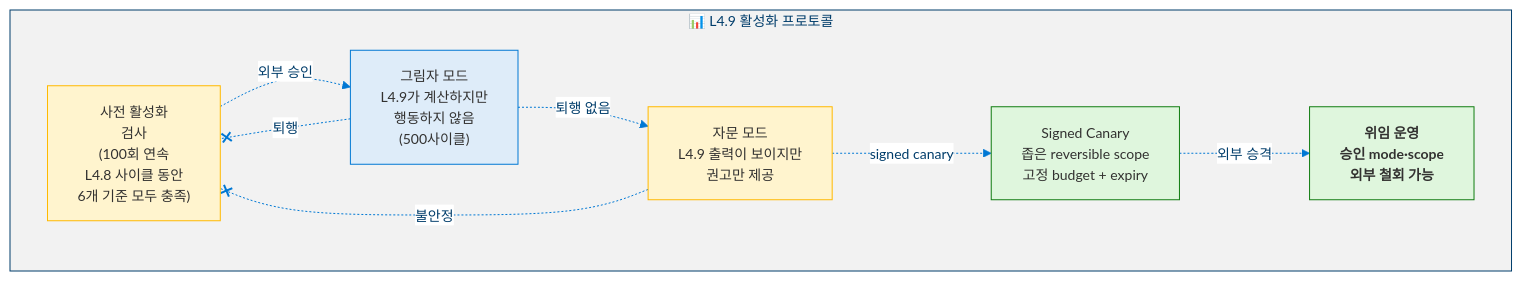
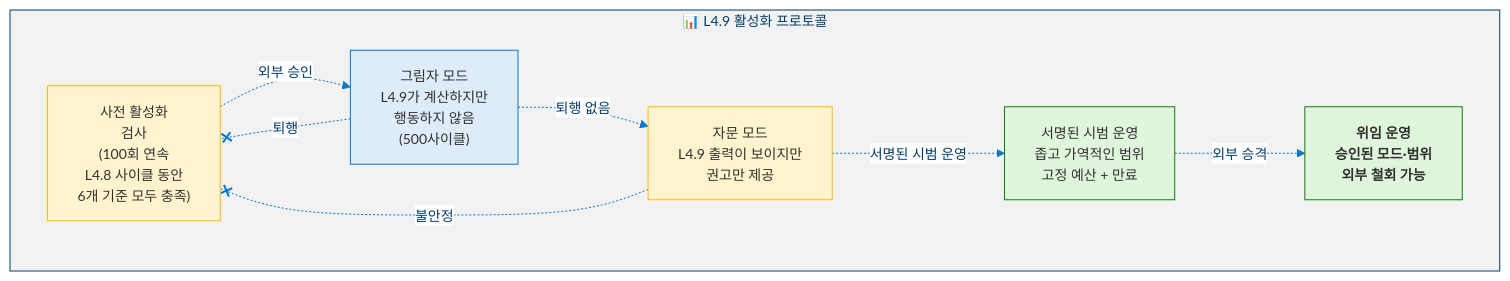
Before and after one commit to dotnetpower/mscp: diagram 18 of 19 in docs/levels/Level_4_9_Autonomous_Strategic_Agent.ko.md, drawn with Mermaid. The commit also changed other lines of this file and 33 other files, not shown here.

````diff
--- a/docs/levels/Level_4_9_Autonomous_Strategic_Agent.ko.md
+++ b/docs/levels/Level_4_9_Autonomous_Strategic_Agent.ko.md
@@ -1400,25 +1404,25 @@
 ```mermaid
 %%{init: {'theme': 'base', 'themeVariables': {'primaryColor': '#0078D4', 'primaryTextColor': '#003D6B', 'primaryBorderColor': '#003D6B', 'secondaryColor': '#50E6FF', 'secondaryTextColor': '#323130', 'secondaryBorderColor': '#00BCF2', 'tertiaryColor': '#F2F2F2', 'tertiaryTextColor': '#323130', 'lineColor': '#0078D4', 'textColor': '#323130', 'mainBkg': '#DEECF9', 'nodeBorder': '#0078D4', 'clusterBkg': '#F2F2F2', 'clusterBorder': '#003D6B', 'titleColor': '#003D6B', 'edgeLabelBackground': '#FFFFFF', 'fontSize': '14px'}}}%%
 flowchart TD
   classDef check fill:#FFF4CE,stroke:#FFB900,color:#323130
   classDef shadow fill:#DEECF9,stroke:#0078D4,color:#323130
   classDef adv fill:#FFF4CE,stroke:#FFB900,color:#323130
   classDef grad fill:#DFF6DD,stroke:#107C10,color:#323130
   classDef full fill:#DFF6DD,stroke:#107C10,color:#323130,font-weight:bold
 
   subgraph Activation["📊 L4.9 활성화 프로토콜"]
     CHECK["사전 활성화<br/>검사<br/>(100회 연속<br/>L4.8 사이클 동안<br/>6개 기준 모두 충족)"]:::check
     SHADOW["그림자 모드<br/>L4.9가 계산하지만<br/>행동하지 않음<br/>(500사이클)"]:::shadow
     ADV["자문 모드<br/>L4.9 출력이 보이지만<br/>권고만 제공"]:::adv
-    GRAD["Signed Canary<br/>좁은 reversible scope<br/>고정 budget + expiry"]:::grad
-    FULL["위임 운영<br/>승인 mode·scope<br/>외부 철회 가능"]:::full
+    GRAD["서명된 시범 운영<br/>좁고 가역적인 범위<br/>고정 예산 + 만료"]:::grad
+    FULL["위임 운영<br/>승인된 모드·범위<br/>외부 철회 가능"]:::full
 
     CHECK -.->|"외부 승인"| SHADOW
     SHADOW -.->|"퇴행 없음"| ADV
-    ADV -.->|"signed canary"| GRAD
+    ADV -.->|"서명된 시범 운영"| GRAD
     GRAD -.->|"외부 승격"| FULL
 
     SHADOW -.-x|"퇴행"| CHECK
     ADV -.-x|"불안정"| CHECK
   end
 ```
````
